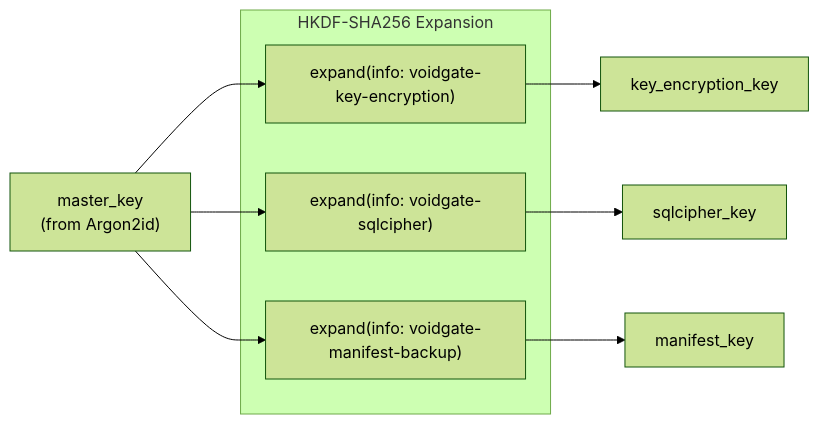
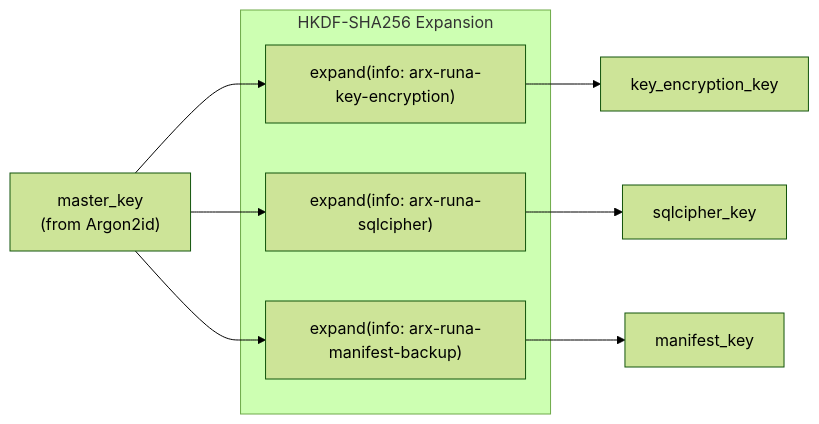
Before and after one commit to salgaard/arx-runa: the diagram in docs/architecture/designs/cryptographic-primitives/diagrams/key-derivation-flow.md, drawn with Mermaid (forest theme). The commit also changed 23 other files, not shown here.

````diff
--- a/docs/architecture/designs/cryptographic-primitives/diagrams/key-derivation-flow.md
+++ b/docs/architecture/designs/cryptographic-primitives/diagrams/key-derivation-flow.md
@@ -6,18 +6,18 @@
 ```mermaid
 flowchart LR
     MK["master_key<br/>(from Argon2id)"]
     
     subgraph HKDF["HKDF-SHA256 Expansion"]
-        H1["expand(info: voidgate-key-encryption)"]
-        H2["expand(info: voidgate-sqlcipher)"]
-        H3["expand(info: voidgate-manifest-backup)"]
+        H1["expand(info: arx-runa-key-encryption)"]
+        H2["expand(info: arx-runa-sqlcipher)"]
+        H3["expand(info: arx-runa-manifest-backup)"]
     end
     
     KEK["key_encryption_key"]
     SK["sqlcipher_key"]
     MAK["manifest_key"]
     
     MK --> H1 --> KEK
     MK --> H2 --> SK
     MK --> H3 --> MAK
 ```
````
